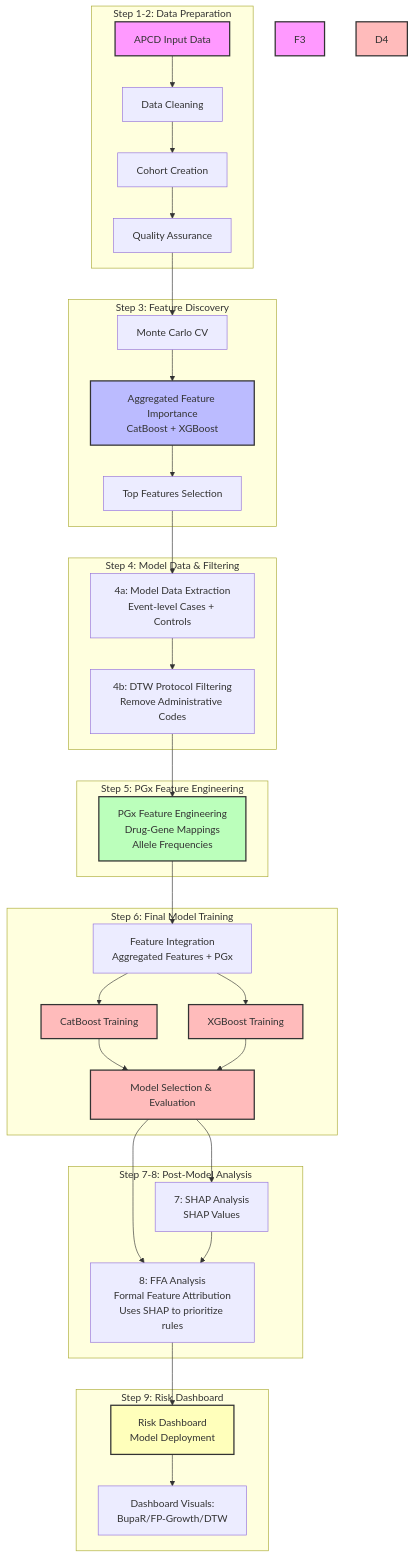
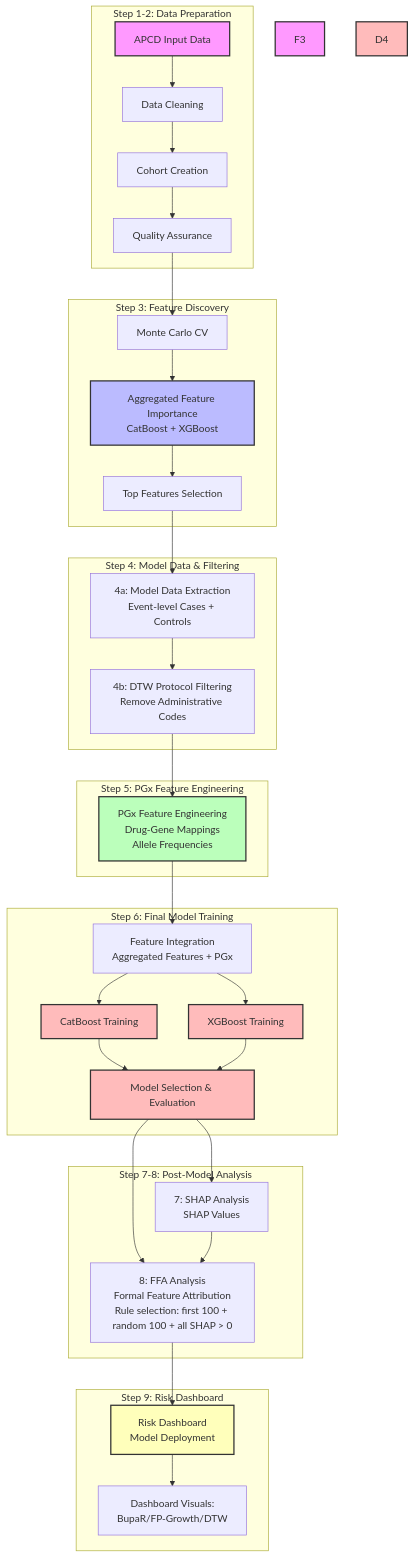
The second of 2 diagrams in docs/README_overview.md (Jerome3590/pgx-analysis), drawn with Mermaid before and after one commit. The commit also changed 6 other files, not shown here.

First line of the commit message:
Update documentation to reflect FFA rule selection logic

````diff
--- a/docs/README_overview.md
+++ b/docs/README_overview.md
@@ -113,53 +113,53 @@
 ```mermaid
 flowchart TD
     subgraph "Step 1-2: Data Preparation"
         A1[APCD Input Data] --> A2[Data Cleaning]
         A2 --> A3[Cohort Creation]
         A3 --> A4[Quality Assurance]
     end
     
     subgraph "Step 3: Feature Discovery"
         A4 --> B1[Monte Carlo CV]
         B1 --> B2[Aggregated Feature Importance<br/>CatBoost + XGBoost]
         B2 --> B3[Top Features Selection]
     end
     
     subgraph "Step 4: Model Data & Filtering"
         B3 --> C1[4a: Model Data Extraction<br/>Event-level Cases + Controls]
         C1 --> C2[4b: DTW Protocol Filtering<br/>Remove Administrative Codes]
     end
     
     subgraph "Step 5: PGx Feature Engineering"
         C2 --> D1[PGx Feature Engineering<br/>Drug-Gene Mappings<br/>Allele Frequencies]
     end
     
     subgraph "Step 6: Final Model Training"
         D1 --> E1[Feature Integration<br/>Aggregated Features + PGx]
         E1 --> E2[CatBoost Training]
         E1 --> E3[XGBoost Training]
         E2 --> E4[Model Selection & Evaluation]
         E3 --> E4
     end
     
     subgraph "Step 7-8: Post-Model Analysis"
         E4 --> F1[7: SHAP Analysis<br/>SHAP Values]
-        E4 --> F2[8: FFA Analysis<br/>Formal Feature Attribution<br/>Uses SHAP to prioritize rules]
+        E4 --> F2[8: FFA Analysis<br/>Formal Feature Attribution<br/>Rule selection: first 100 + random 100 + all SHAP > 0]
         F1 --> F2
     end
     
     subgraph "Step 9: Risk Dashboard"
         F2 --> G1[Risk Dashboard<br/>Model Deployment]
         G1 --> G2[Dashboard Visuals:<br/>BupaR/FP-Growth/DTW]
     end
     
     style A1 fill:#f9f,stroke:#333,stroke-width:2px
     style B2 fill:#bbf,stroke:#333,stroke-width:2px
     style D1 fill:#bfb,stroke:#333,stroke-width:2px
     style E4 fill:#fbb,stroke:#333,stroke-width:2px
     style F3 fill:#fbf,stroke:#333,stroke-width:2px
     style G1 fill:#ffb,stroke:#333,stroke-width:2px
     style D4 fill:#fbb,stroke:#333,stroke-width:2px
     style E2 fill:#fbb,stroke:#333,stroke-width:2px
     style E3 fill:#fbb,stroke:#333,stroke-width:2px
     style F3 fill:#f9f,stroke:#333,stroke-width:2px
 ```
````
